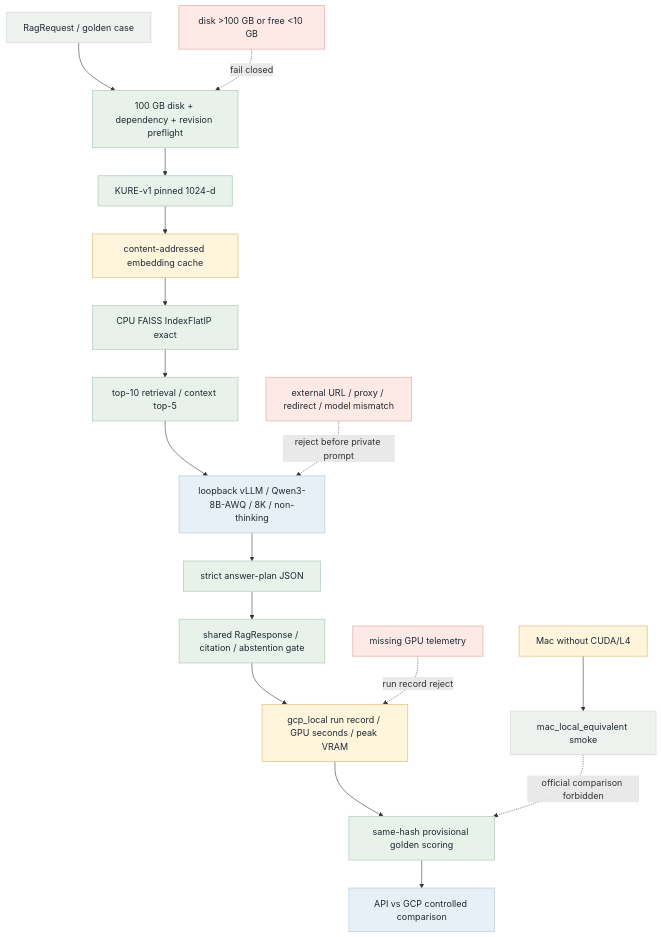
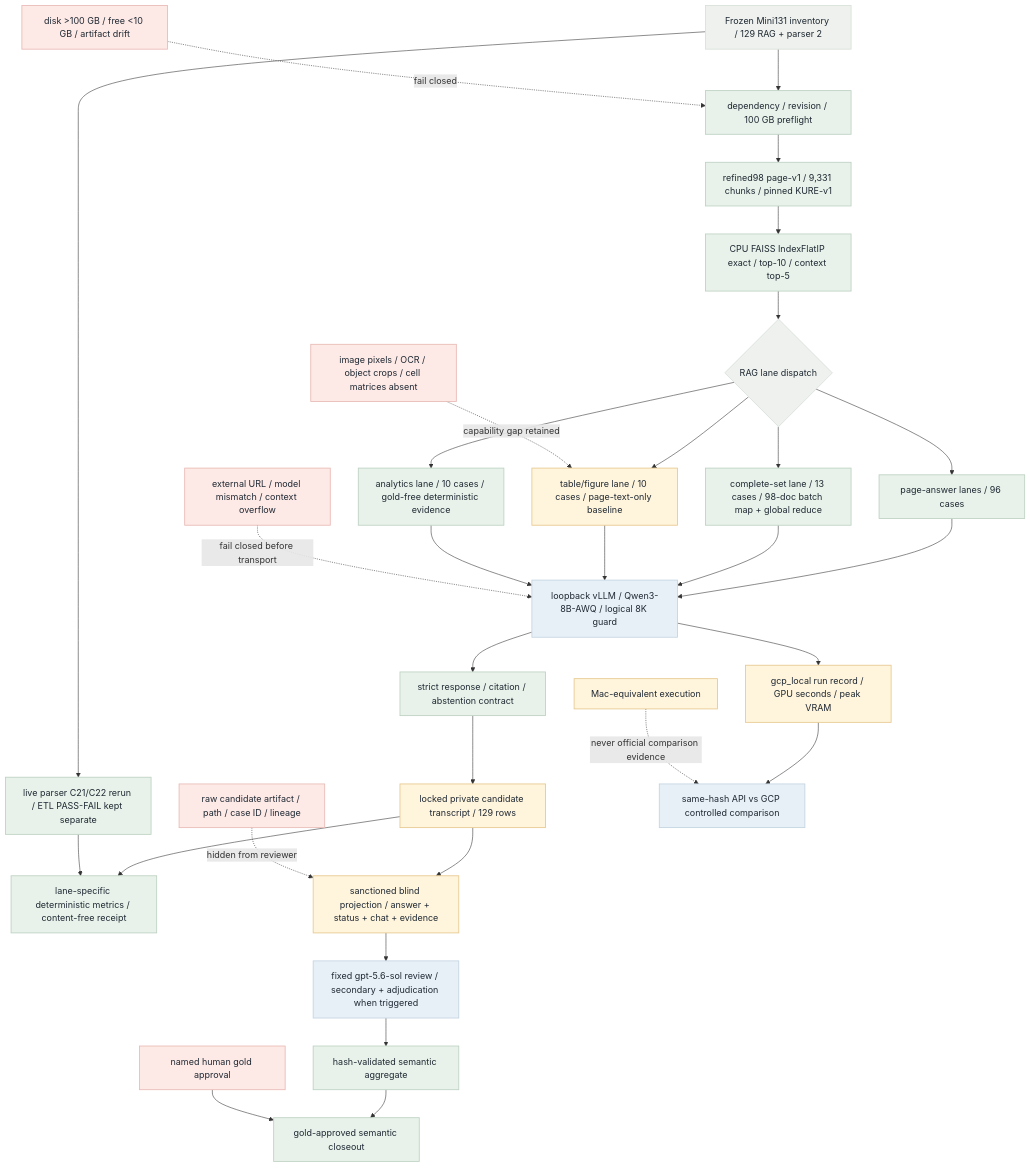
The diagram in fivecircles/architecture/specs/gcp-local-baseline-target-flow.mmd (KongSeok/sprint-public-procurement-rag-assistant), drawn with Mermaid before and after one commit. The commit also changed 22 other files, not shown here.

Commit message:
feat(eval): complete local Mini131 131-asset baseline

```diff
--- a/fivecircles/architecture/specs/gcp-local-baseline-target-flow.mmd
+++ b/fivecircles/architecture/specs/gcp-local-baseline-target-flow.mmd
@@ -1,24 +1,42 @@
 flowchart TD
-    U["RagRequest / golden case"]:::gray --> G["100 GB disk + dependency + revision preflight"]:::green
-    G --> K["KURE-v1 pinned 1024-d"]:::green
-    K --> C["content-addressed embedding cache"]:::amber
-    C --> F["CPU FAISS IndexFlatIP exact"]:::green
-    F --> R["top-10 retrieval / context top-5"]:::green
-    R --> V["loopback vLLM / Qwen3-8B-AWQ / 8K / non-thinking"]:::blue
-    V --> J["strict answer-plan JSON"]:::green
-    J --> P["shared RagResponse / citation / abstention gate"]:::green
-    P --> RR["gcp_local run record / GPU seconds / peak VRAM"]:::amber
-    RR --> E["same-hash provisional golden scoring"]:::green
-    E --> AB["API vs GCP controlled comparison"]:::blue
+    U["Frozen Mini131 inventory / 129 RAG + parser 2"]:::gray --> G["dependency / revision / 100 GB preflight"]:::green
+    G --> C["refined98 page-v1 / 9,331 chunks / pinned KURE-v1"]:::green
+    C --> F["CPU FAISS IndexFlatIP exact / top-10 / context top-5"]:::green
+    F --> D{"RAG lane dispatch"}:::gray
 
-    M["Mac without CUDA/L4"]:::amber --> ME["mac_local_equivalent smoke"]:::gray
-    ME -. "official comparison forbidden" .-> E
-    D["disk >100 GB or free <10 GB"]:::red -. "fail closed" .-> G
-    X["external URL / proxy / redirect / model mismatch"]:::red -. "reject before private prompt" .-> V
-    T["missing GPU telemetry"]:::red -. "run record reject" .-> RR
+    D --> P["page-answer lanes / 96 cases"]:::green
+    D --> S["complete-set lane / 13 cases / 98-doc batch map + global reduce"]:::green
+    D --> V["table/figure lane / 10 cases / page-text-only baseline"]:::amber
+    D --> A["analytics lane / 10 cases / gold-free deterministic evidence"]:::green
+
+    P --> Q["loopback vLLM / Qwen3-8B-AWQ / logical 8K guard"]:::blue
+    S --> Q
+    V --> Q
+    A --> Q
+    Q --> R["strict response / citation / abstention contract"]:::green
+    R --> T["locked private candidate transcript / 129 rows"]:::amber
+    T --> M["lane-specific deterministic metrics / content-free receipt"]:::green
+
+    U --> PR["live parser C21/C22 rerun / ETL PASS-FAIL kept separate"]:::green
+    PR --> M
+
+    T --> BP["sanctioned blind projection / answer + status + chat + evidence"]:::amber
+    RAW["raw candidate artifact / path / case ID / lineage"]:::red -. "hidden from reviewer" .-> BP
+    BP --> SOL["fixed gpt-5.6-sol review / secondary + adjudication when triggered"]:::blue
+    SOL --> SR["hash-validated semantic aggregate"]:::green
+    SR --> FC["gold-approved semantic closeout"]:::green
+    H["named human gold approval"]:::red --> FC
+
+    Q --> RR["gcp_local run record / GPU seconds / peak VRAM"]:::amber
+    RR --> AB["same-hash API vs GCP controlled comparison"]:::blue
+    ME["Mac-equivalent execution"]:::amber -. "never official comparison evidence" .-> AB
+
+    X["external URL / model mismatch / context overflow"]:::red -. "fail closed before transport" .-> Q
+    Z["disk >100 GB / free <10 GB / artifact drift"]:::red -. "fail closed" .-> G
+    PX["image pixels / OCR / object crops / cell matrices absent"]:::red -. "capability gap retained" .-> V
 
     classDef green fill:#e8f2ea,stroke:#bdd1c2,color:#1f2933,stroke-width:1.5px
     classDef blue fill:#e8f0f7,stroke:#c2d3e0,color:#1f2933,stroke-width:1.5px
     classDef amber fill:#fff4dc,stroke:#e7c88f,color:#1f2933,stroke-width:1.5px
     classDef red fill:#fde9e6,stroke:#e8bab5,color:#1f2933,stroke-width:1.5px
     classDef gray fill:#eef1ed,stroke:#d8e0da,color:#1f2933,stroke-width:1.5px
```
